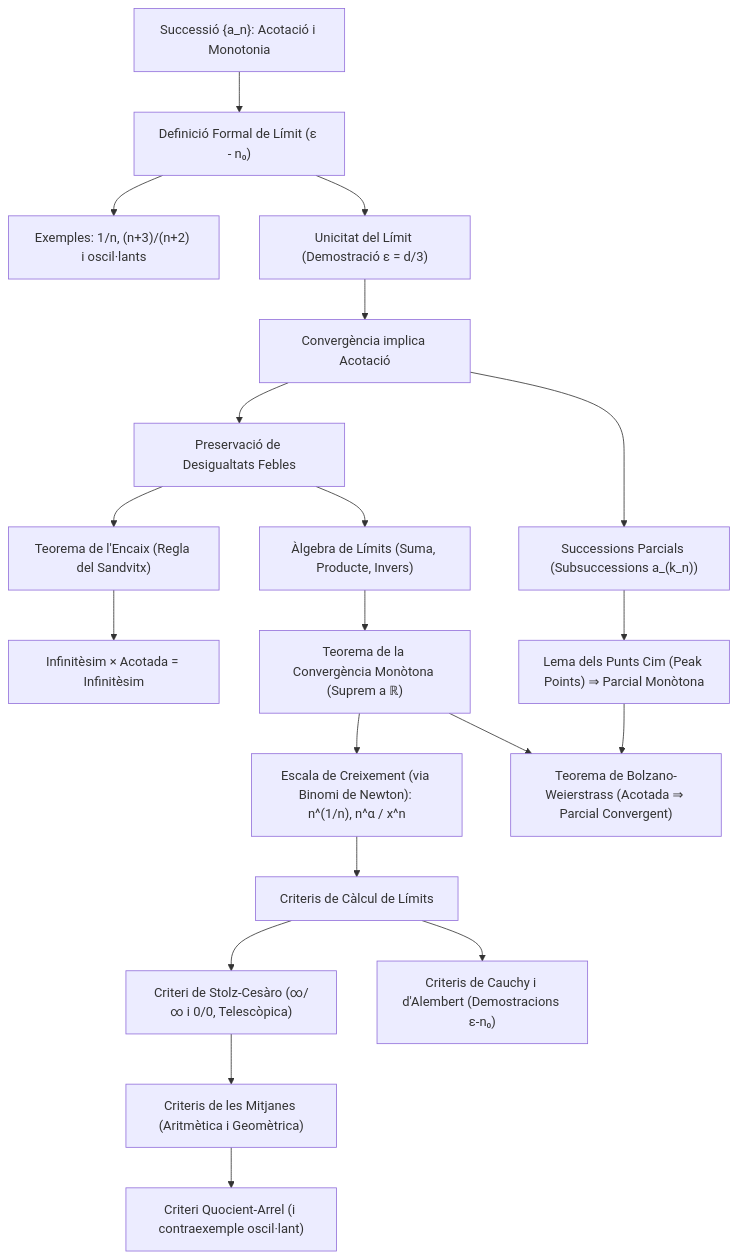
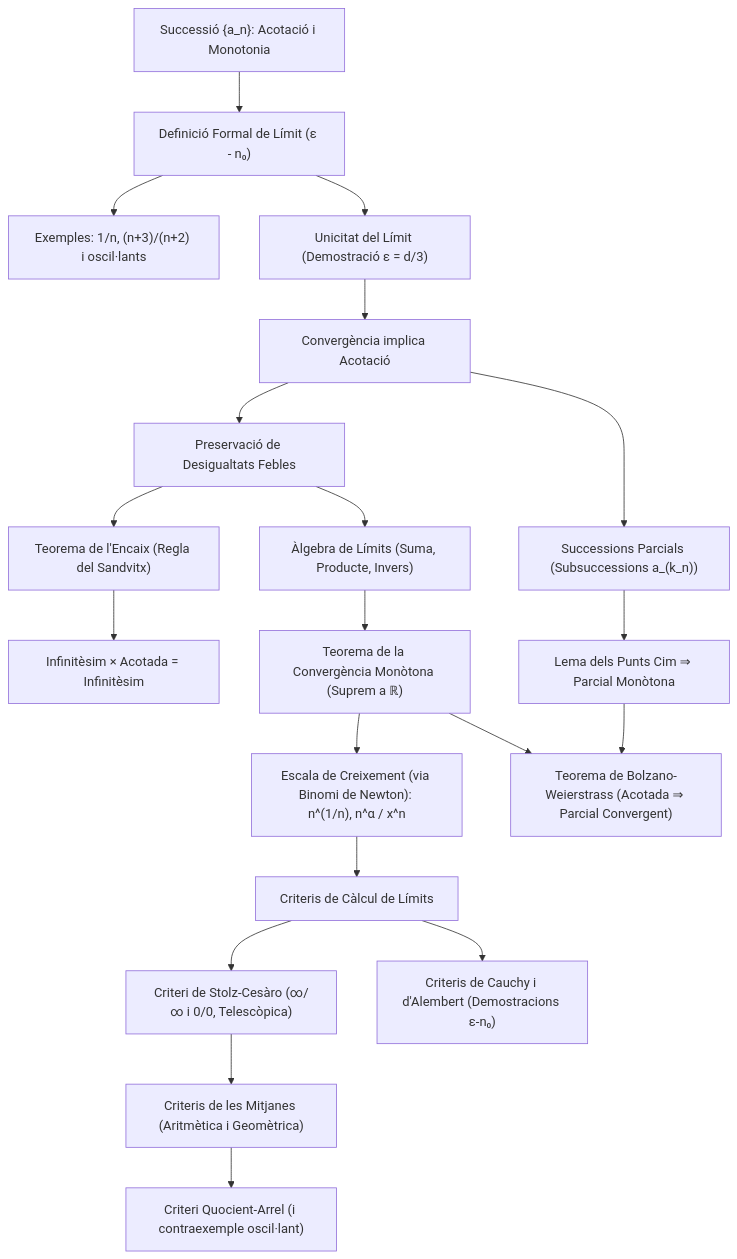
Before and after one commit to Bibinuz/Apunts-Matematiques: the second of 2 diagrams in Apunts/1r Curs/Funcions 1/03. Successions de Nombres Reals.md, drawn with Mermaid. The commit also changed other lines of this file and 4 other files, not shown here.

````diff
--- a/Apunts/1r Curs/Funcions 1/03. Successions de Nombres Reals.md
+++ b/Apunts/1r Curs/Funcions 1/03. Successions de Nombres Reals.md
@@ -689,22 +689,22 @@
 ```mermaid
 flowchart TD
     Def["Successió {a_n}: Acotació i Monotonia"] --> Limit["Definició Formal de Límit (ε - n₀)"]
     Limit --> Exemples["Exemples: 1/n, (n+3)/(n+2) i oscil·lants"]
     Limit --> Unicitat["Unicitat del Límit (Demostració ε = d/3)"]
     Unicitat --> Acotat["Convergència implica Acotació"]
     Acotat --> Desig["Preservació de Desigualtats Febles"]
     Desig --> Sandvitx["Teorema de l'Encaix (Regla del Sandvitx)"]
     Sandvitx --> Infinitesim["Infinitèsim × Acotada = Infinitèsim"]
     Desig --> Algebra["Àlgebra de Límits (Suma, Producte, Invers)"]
     Algebra --> Monotona["Teorema de la Convergència Monòtona (Suprem a ℝ)"]
     Monotona --> Binomi["Escala de Creixement (via Binomi de Newton): n^(1/n), n^α / x^n"]
     Binomi --> Criteris["Criteris de Càlcul de Límits"]
     Criteris --> Stolz["Criteri de Stolz-Cesàro (∞/∞ i 0/0, Telescòpica)"]
     Stolz --> Mitjanes["Criteris de les Mitjanes (Aritmètica i Geomètrica)"]
     Mitjanes --> QA["Criteri Quocient-Arrel (i contraexemple oscil·lant)"]
     Criteris --> CauchyD["Criteris de Cauchy i d'Alembert (Demostracions ε-n₀)"]
     Acotat --> Parcials["Successions Parcials (Subsuccessions a_(k_n))"]
-    Parcials --> PuntsCim["Lema dels Punts Cim (Peak Points) ⇒ Parcial Monòtona"]
+    Parcials --> PuntsCim["Lema dels Punts Cim ⇒ Parcial Monòtona"]
     PuntsCim --> BW["Teorema de Bolzano-Weierstrass (Acotada ⇒ Parcial Convergent)"]
     Monotona --> BW
 ```
````
